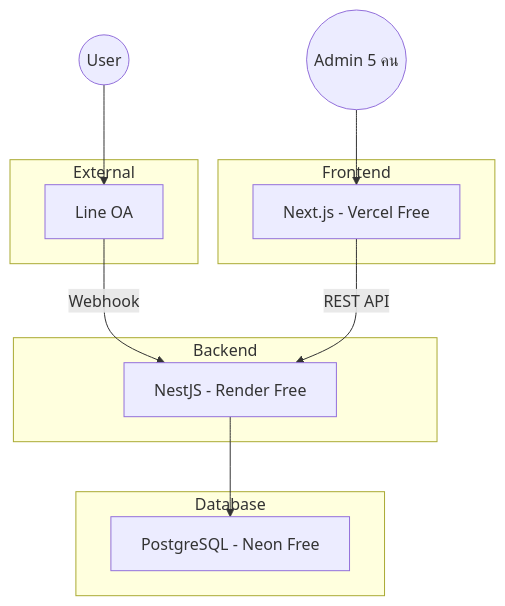
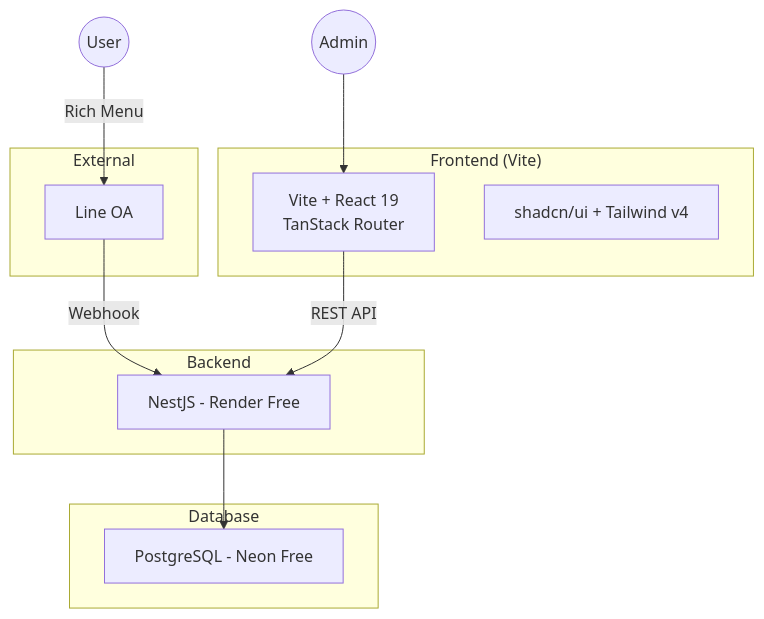
The diagram in System Design/Overview.md (bbirdss22-ops/project-newclear), drawn with Mermaid before and after one commit. The commit also changed other lines of this file, not shown here.

````diff
--- a/System Design/Overview.md
+++ b/System Design/Overview.md
@@ -16,21 +21,22 @@
 ```mermaid
 graph TB
-    subgraph "Frontend"
-        NJS[Next.js - Vercel Free]
+    subgraph "Frontend (Vite)"
+        VITE[Vite + React 19<br/>TanStack Router]
+        TAIL[shadcn/ui + Tailwind v4]
     end
     subgraph "Backend"
         NES[NestJS - Render Free]
     end
     subgraph "Database"
         PG[PostgreSQL - Neon Free]
     end
     subgraph "External"
         LINE[Line OA]
     end
 
     LINE -- Webhook --> NES
-    NJS -- REST API --> NES
+    VITE -- REST API --> NES
     NES --> PG
-    USER((User)) --> LINE
-    ADMIN((Admin 5 คน)) --> NJS
+    USER((User)) -- Rich Menu --> LINE
+    ADMIN((Admin)) --> VITE
 ```
````
